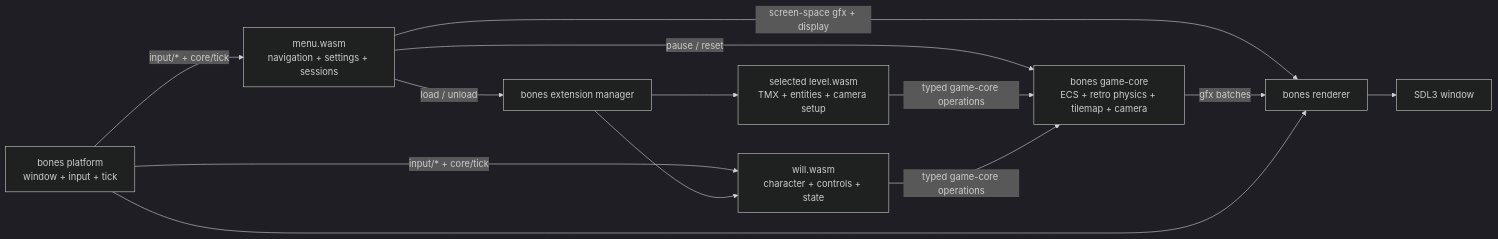
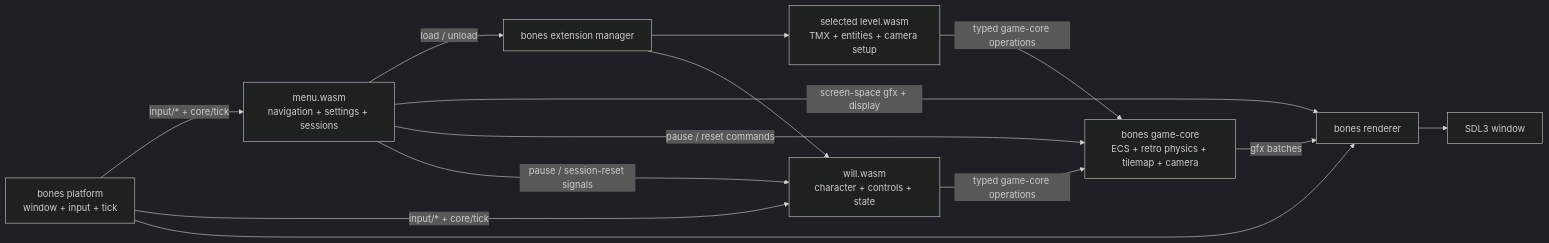
Before and after one commit to an-dr/artificial-will-game-v2: the diagram in docs/architecture.md, drawn with Mermaid (dark theme). The commit also changed other lines of this file and 28 other files, not shown here.

````diff
--- a/docs/architecture.md
+++ b/docs/architecture.md
@@ -10,15 +10,16 @@
 ```mermaid
 flowchart LR
     Platform["bones platform<br/>window + input + tick"] -->|"input/* + core/tick"| Menu
     Platform -->|"input/* + core/tick"| Will
     Menu["menu.wasm<br/>navigation + settings + sessions"] -->|"load / unload"| Manager["bones extension manager"]
     Menu -->|"screen-space gfx + display"| Renderer
-    Menu -->|"pause / reset"| GameCore
+    Menu -->|"pause / reset commands"| GameCore
+    Menu -->|"pause / session-reset signals"| Will
     Manager --> Level["selected level.wasm<br/>TMX + entities + camera setup"]
     Manager --> Will
     Level["selected level.wasm<br/>TMX + entities + camera setup"] -->|"typed game-core operations"| GameCore
     Will["will.wasm<br/>character + controls + state"] -->|"typed game-core operations"| GameCore
     GameCore["bones game-core<br/>ECS + retro physics + tilemap + camera"] -->|"gfx batches"| Renderer
     Renderer["bones renderer"] --> Window["SDL3 window"]
     Platform --> Renderer
 ```
````
